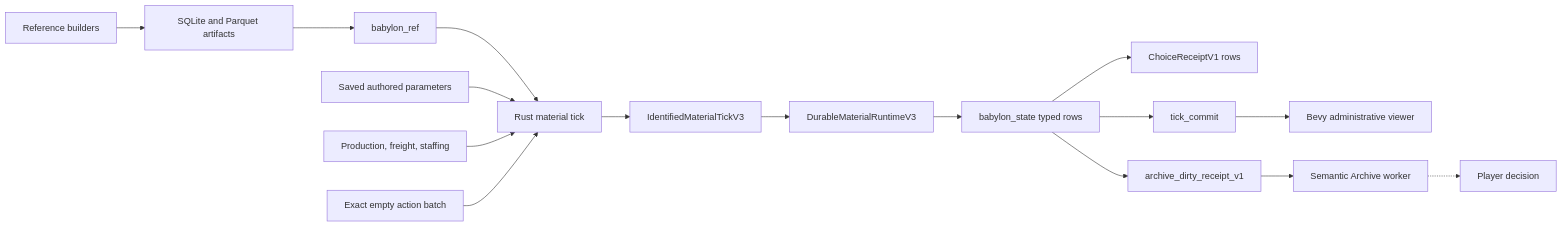
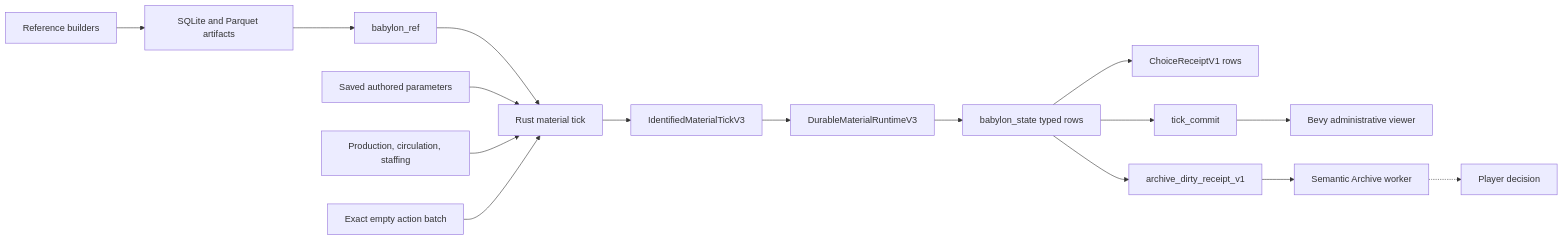
One commit to bogdanscarwash/babylon changed the diagram in docs/concepts/architecture.rst. Above: the diagram before and after it, drawn with Mermaid. The commit also changed other lines of this file and 175 other files, not shown here.

```diff
--- a/docs/concepts/architecture.rst
+++ b/docs/concepts/architecture.rst
@@ -243,18 +304,18 @@
 .. mermaid::
 
    flowchart LR
        REF["babylon_ref"] --> TICK["Rust material tick"]
        DEFINES["Saved authored parameters"] --> TICK
-       MATERIAL["Production, freight, staffing"] --> TICK
+       MATERIAL["Production, circulation, staffing"] --> TICK
        EMPTY["Exact empty action batch"] --> TICK
        TICK --> IDENTIFIED["IdentifiedMaterialTickV3"]
        IDENTIFIED --> RUNTIME["DurableMaterialRuntimeV3"]
        RUNTIME --> STATE["babylon_state typed rows"]
        STATE --> RECEIPT["ChoiceReceiptV1 rows"]
        STATE --> MARKER["tick_commit"]
        STATE --> DIRTY["archive_dirty_receipt_v1"]
        MARKER --> VIEW["Bevy administrative viewer"]
        PY["Reference builders"] --> DATA["SQLite and Parquet artifacts"]
        DATA --> REF
        DIRTY --> ARCHIVE["Semantic Archive worker"]
        ARCHIVE -.-> CHOICE["Player decision"]
```
